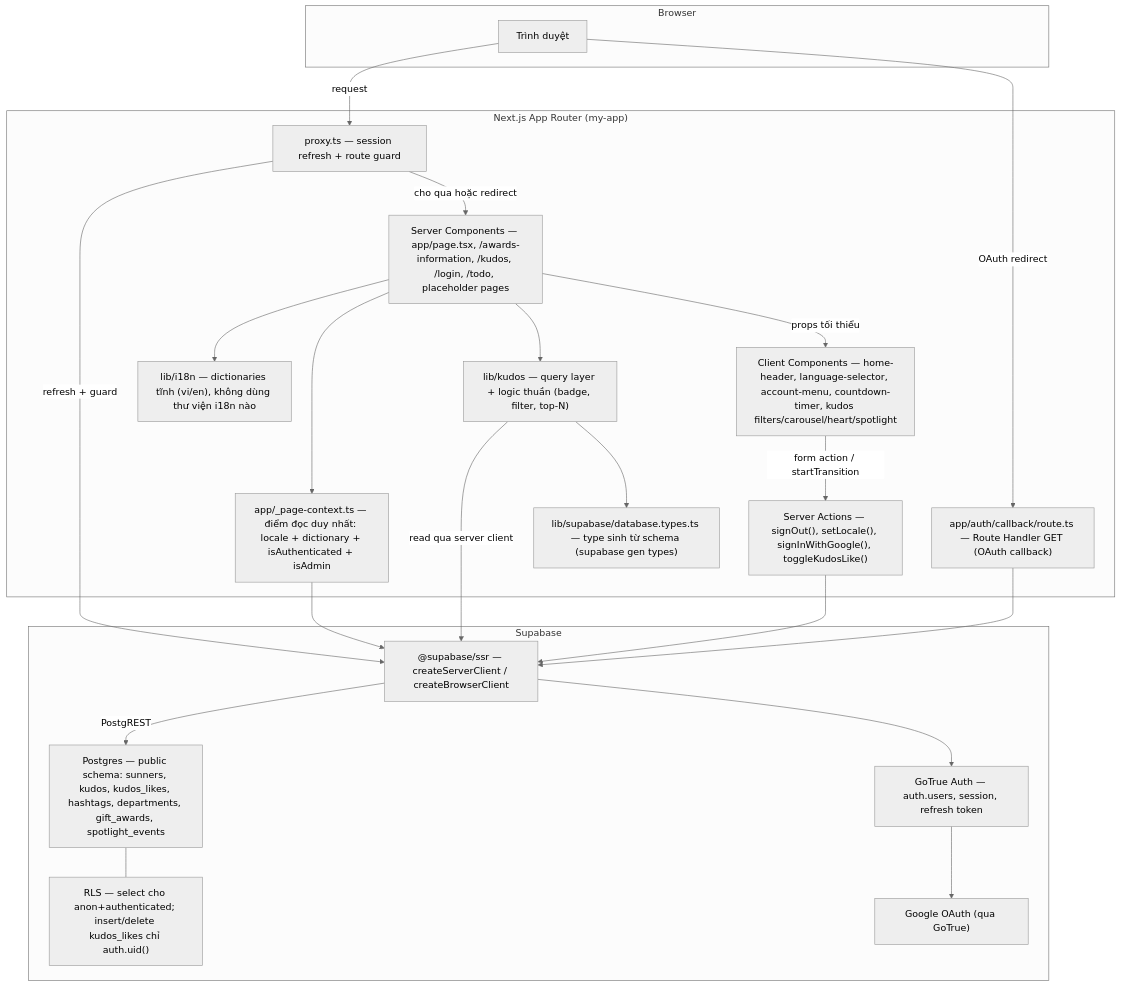
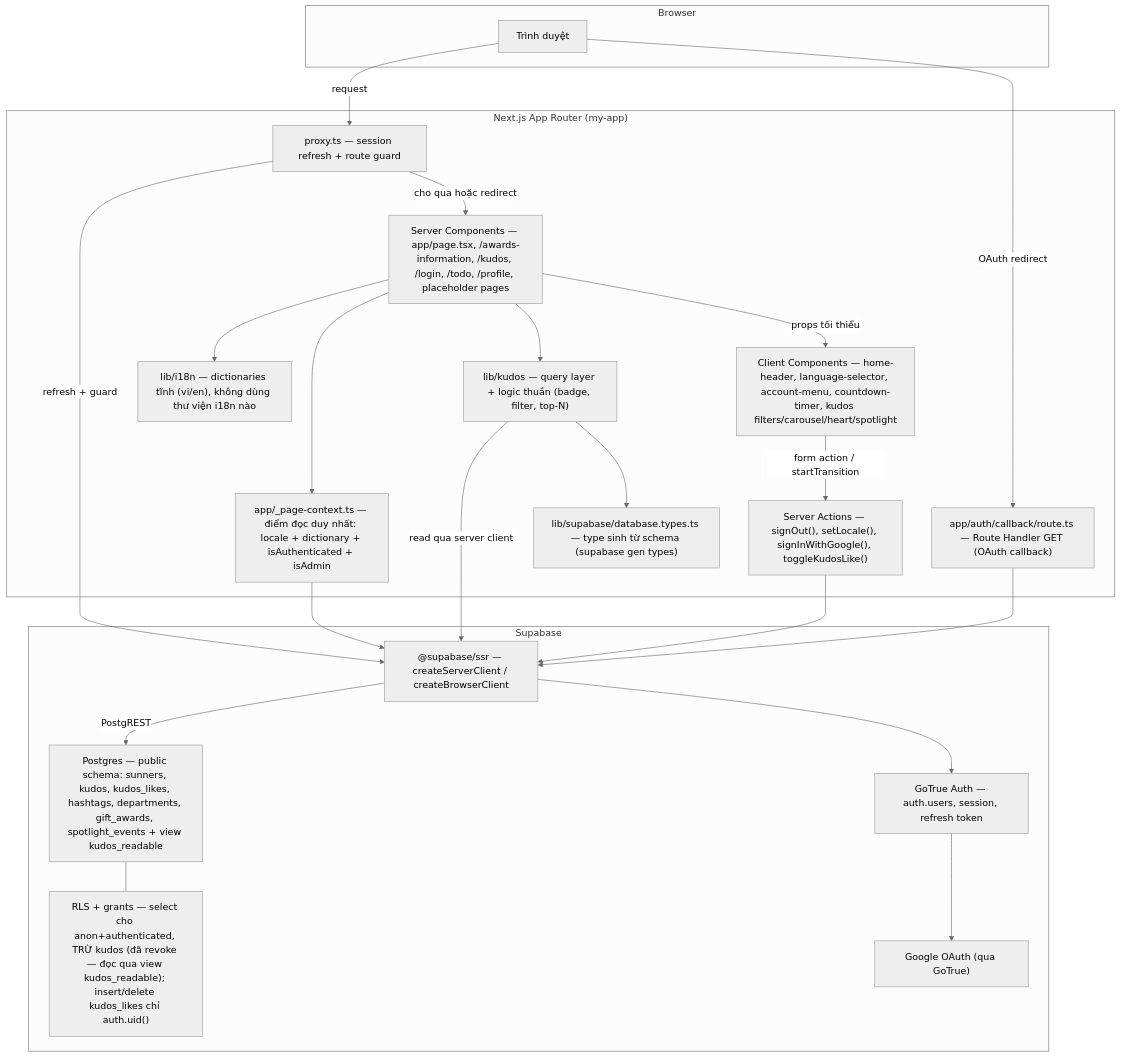
Before and after one commit to dungnv-2032/agentic-coding-hands-on: the first of 4 diagrams in docs/system/architecture.md, drawn with Mermaid (neutral theme). The commit also changed other lines of this file and 9 other files, not shown here.

````diff
--- a/docs/system/architecture.md
+++ b/docs/system/architecture.md
@@ -38,43 +47,43 @@
 ```mermaid
 graph TB
     subgraph Browser
         BR[Trình duyệt]
     end
     subgraph "Next.js App Router (my-app)"
         PX["proxy.ts — session refresh + route guard"]
         PC["app/_page-context.ts — điểm đọc duy nhất: locale + dictionary + isAuthenticated + isAdmin"]
-        SC["Server Components — app/page.tsx, /awards-information, /kudos, /login, /todo, placeholder pages"]
+        SC["Server Components — app/page.tsx, /awards-information, /kudos, /login, /todo, /profile, placeholder pages"]
         SA["Server Actions — signOut(), setLocale(), signInWithGoogle(), toggleKudosLike()"]
         CB["app/auth/callback/route.ts — Route Handler GET (OAuth callback)"]
         CC["Client Components — home-header, language-selector, account-menu, countdown-timer, kudos filters/carousel/heart/spotlight"]
         DICT["lib/i18n — dictionaries tĩnh (vi/en), không dùng thư viện i18n nào"]
         KQ["lib/kudos — query layer + logic thuần (badge, filter, top-N)"]
         DT["lib/supabase/database.types.ts — type sinh từ schema (supabase gen types)"]
     end
     subgraph Supabase
         SSR["@supabase/ssr — createServerClient / createBrowserClient"]
         AUTH["GoTrue Auth — auth.users, session, refresh token"]
-        PG["Postgres — public schema: sunners, kudos, kudos_likes, hashtags, departments, gift_awards, spotlight_events"]
-        RLS["RLS — select cho anon+authenticated; insert/delete kudos_likes chỉ auth.uid()"]
+        PG["Postgres — public schema: sunners, kudos, kudos_likes, hashtags, departments, gift_awards, spotlight_events + view kudos_readable"]
+        RLS["RLS + grants — select cho anon+authenticated, TRỪ kudos (đã revoke — đọc qua view kudos_readable); insert/delete kudos_likes chỉ auth.uid()"]
         GOOGLE["Google OAuth (qua GoTrue)"]
     end
 
     BR -->|request| PX
     PX -->|refresh + guard| SSR
     PX -->|cho qua hoặc redirect| SC
     SC --> PC
     PC --> SSR
     SC --> DICT
     SC --> KQ
     KQ --> DT
     KQ -->|read qua server client| SSR
     SC -->|props tối thiểu| CC
     CC -->|form action / startTransition| SA
     SA --> SSR
     SSR --> AUTH
     SSR -->|PostgREST| PG
     PG --- RLS
     AUTH --> GOOGLE
     BR -->|OAuth redirect| CB
     CB --> SSR
 ```
````
